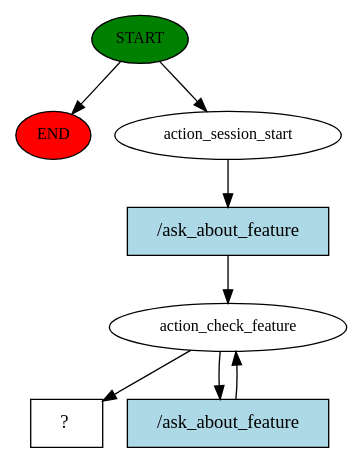
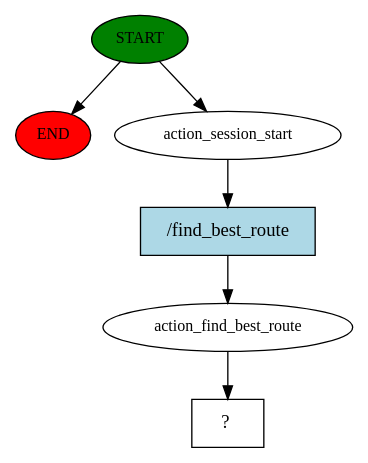
The diagram in artificial-intelligence/chatbot/code/mpt_bot/story_graph.dot (Chameleon-company/MOP-Code), drawn with Graphviz before and after one commit. The commit also changed 2 other files, not shown here.

Commit message:
modified the action_find_best_route

```diff
--- a/artificial-intelligence/chatbot/code/mpt_bot/story_graph.dot
+++ b/artificial-intelligence/chatbot/code/mpt_bot/story_graph.dot
@@ -1,16 +1,13 @@
 digraph  {
 0 [class="start active", fillcolor=green, fontsize=12, label=START, style=filled];
 "-1" [class=end, fillcolor=red, fontsize=12, label=END, style=filled];
 1 [class=active, fontsize=12, label=action_session_start];
-2 [class=active, fontsize=12, label=action_check_feature];
-4 [class="intent dashed active", label="  ?  ", shape=rect];
-5 [class="intent active", fillcolor=lightblue, label="/ask_about_feature", shape=rect, style=filled];
-6 [class="intent active", fillcolor=lightblue, label="/ask_about_feature", shape=rect, style=filled];
+2 [class=active, fontsize=12, label=action_find_best_route];
+3 [class="intent dashed active", label="  ?  ", shape=rect];
+4 [class="intent active", fillcolor=lightblue, label="/find_best_route", shape=rect, style=filled];
 0 -> "-1"  [class="", key=NONE, label=""];
 0 -> 1  [class=active, key=NONE, label=""];
-1 -> 5  [class=active, key=0];
-2 -> 4  [class=active, key=NONE, label=""];
-2 -> 6  [class=active, key=0];
-5 -> 2  [class=active, key=0];
-6 -> 2  [class=active, key=0];
+1 -> 4  [class=active, key=0];
+2 -> 3  [class=active, key=NONE, label=""];
+4 -> 2  [class=active, key=0];
 }
```
